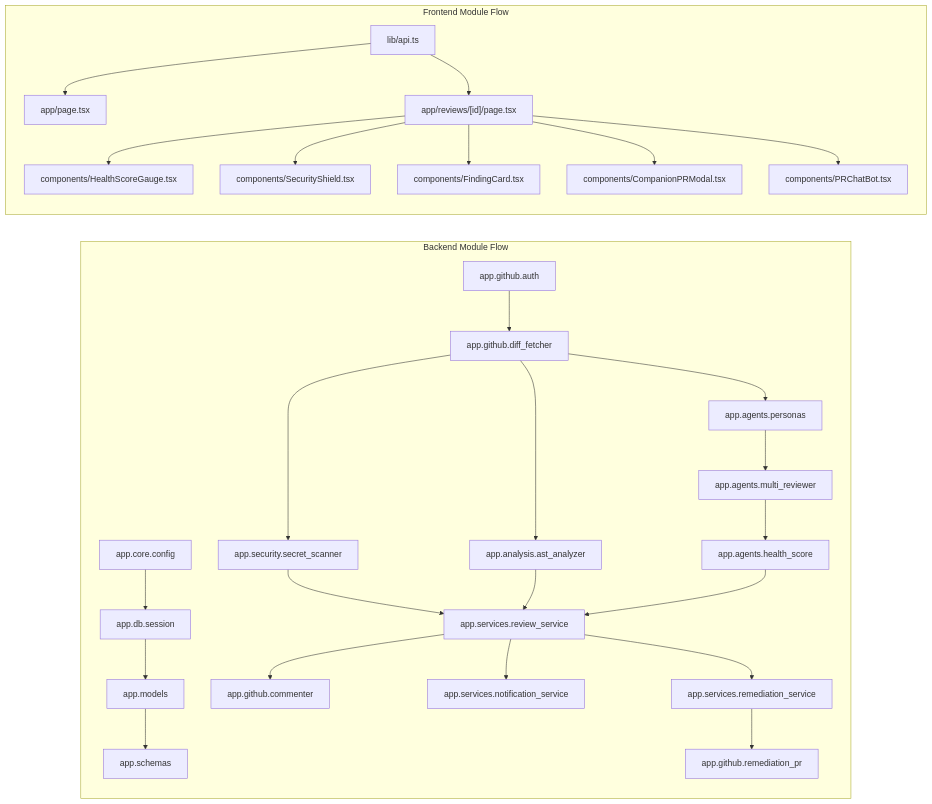
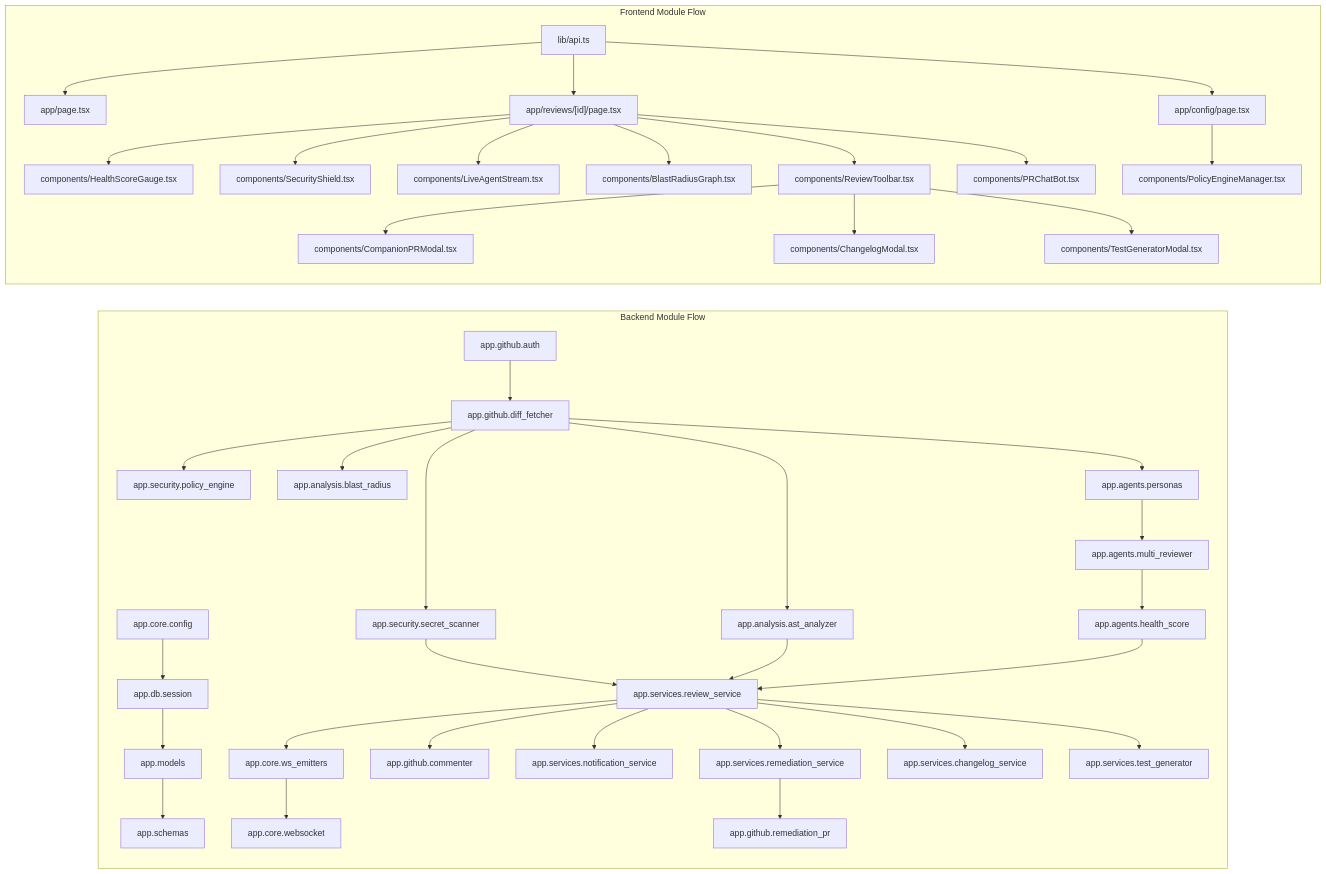
The second of 2 diagrams in README.md (Giancyril/Vet), drawn with Mermaid before and after one commit. The commit also changed other lines of this file, not shown here.

Commit message:
docs: document 5 next-gen enterprise features with updated architecture and 127 tests stats

````diff
--- a/README.md
+++ b/README.md
@@ -117,35 +144,47 @@
 ```mermaid
 graph LR
     subgraph BE_Modules ["Backend Module Flow"]
         Config["app.core.config"] --> Database["app.db.session"]
         Database --> Models["app.models"]
         Models --> Schemas["app.schemas"]
 
         GHAuth["app.github.auth"] --> DiffFetcher["app.github.diff_fetcher"]
         DiffFetcher --> SecretScanner["app.security.secret_scanner"]
         DiffFetcher --> ASTAnalyzer["app.analysis.ast_analyzer"]
+        DiffFetcher --> PolicyEngine["app.security.policy_engine"]
+        DiffFetcher --> BlastRadius["app.analysis.blast_radius"]
         DiffFetcher --> Personas["app.agents.personas"]
 
         Personas --> MultiReviewer["app.agents.multi_reviewer"]
         MultiReviewer --> HealthScore["app.agents.health_score"]
 
         SecretScanner --> ReviewService["app.services.review_service"]
         ASTAnalyzer --> ReviewService
         HealthScore --> ReviewService
+        ReviewService --> WSEmitters["app.core.ws_emitters"]
+        WSEmitters --> WSManager["app.core.websocket"]
 
         ReviewService --> Commenter["app.github.commenter"]
         ReviewService --> Notifications["app.services.notification_service"]
         ReviewService --> RemediationSvc["app.services.remediation_service"]
         RemediationSvc --> RemediationPR["app.github.remediation_pr"]
+        ReviewService --> ChangelogSvc["app.services.changelog_service"]
+        ReviewService --> TestGenSvc["app.services.test_generator"]
     end
 
     subgraph FE_Modules ["Frontend Module Flow"]
         APIClient["lib/api.ts"] --> ReviewList["app/page.tsx"]
         APIClient --> ReviewDetail["app/reviews/[id]/page.tsx"]
+        APIClient --> ConfigPage["app/config/page.tsx"]
         ReviewDetail --> HealthGauge["components/HealthScoreGauge.tsx"]
         ReviewDetail --> SecShield["components/SecurityShield.tsx"]
-        ReviewDetail --> Findings["components/FindingCard.tsx"]
-        ReviewDetail --> PRModal["components/CompanionPRModal.tsx"]
+        ReviewDetail --> LiveStream["components/LiveAgentStream.tsx"]
+        ReviewDetail --> BlastGraph["components/BlastRadiusGraph.tsx"]
+        ReviewDetail --> Toolbar["components/ReviewToolbar.tsx"]
+        Toolbar --> PRModal["components/CompanionPRModal.tsx"]
+        Toolbar --> ChangelogModal["components/ChangelogModal.tsx"]
+        Toolbar --> TestGenModal["components/TestGeneratorModal.tsx"]
+        ConfigPage --> PolicyManager["components/PolicyEngineManager.tsx"]
         ReviewDetail --> ChatUI["components/PRChatBot.tsx"]
     end
 ```
````
